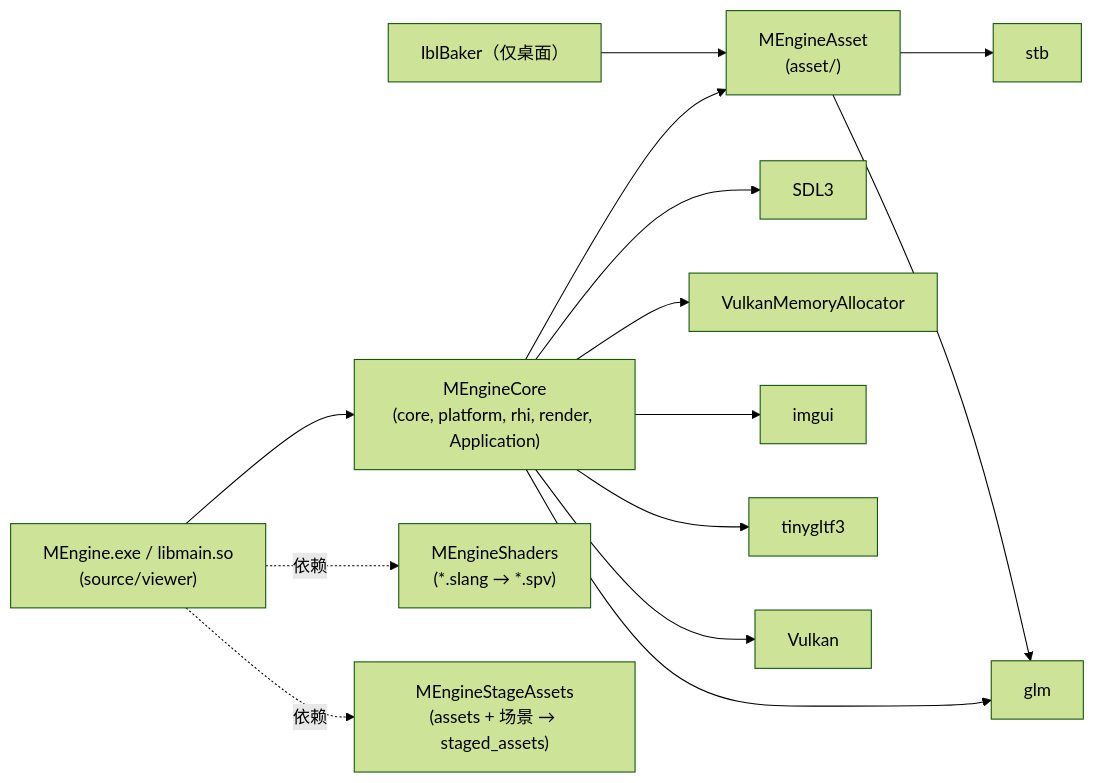
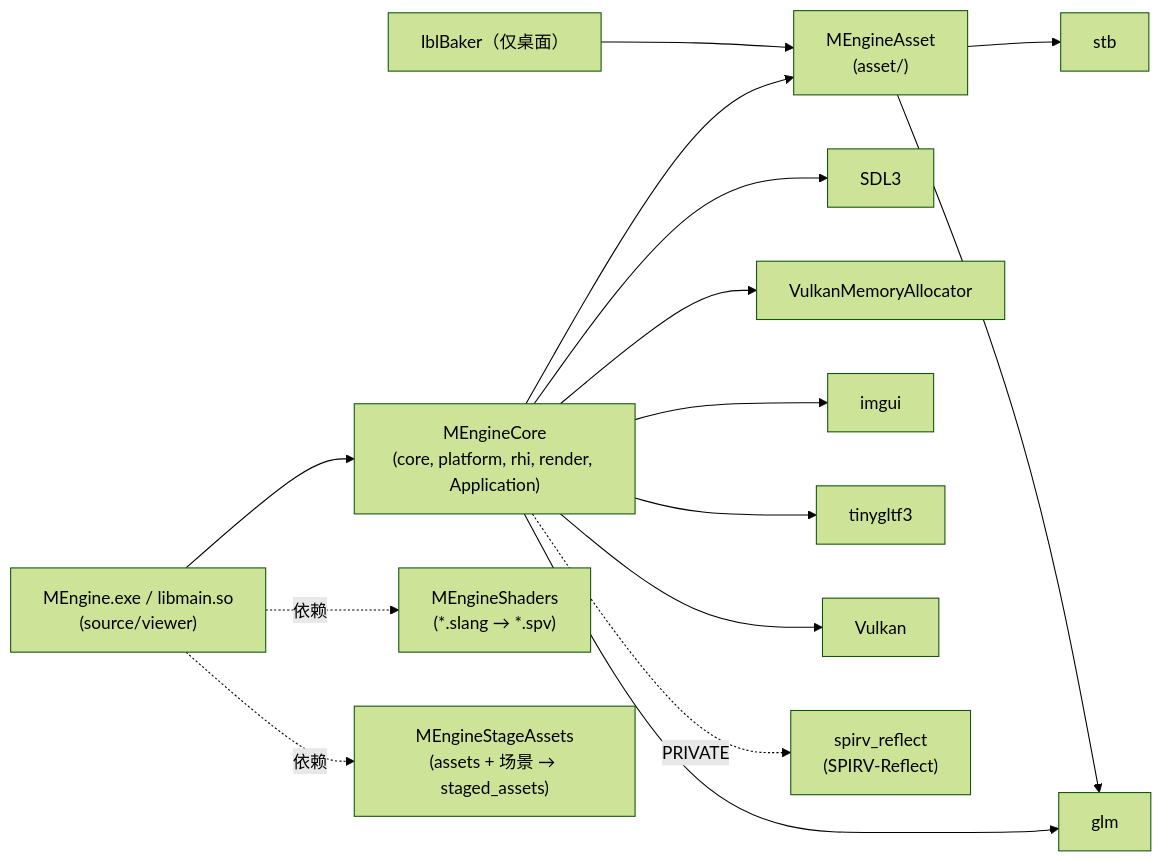
One commit to ChenJiaming5613/MEngine changed the first of 7 diagrams in docs/Architecture.md. Above: the diagram before and after it, drawn with Mermaid (forest theme). The commit also changed other lines of this file and 28 other files, not shown here.

````diff
--- a/docs/Architecture.md
+++ b/docs/Architecture.md
@@ -40,10 +40,11 @@
 ```mermaid
 graph LR
     MEngine["MEngine.exe / libmain.so<br/>(source/viewer)"] --> MEngineCore
     MEngineCore["MEngineCore<br/>(core, platform, rhi, render, Application)"] --> MEngineAsset
     MEngineCore --> SDL3 & VMA["VulkanMemoryAllocator"] & imgui & glm & tinygltf3 & Vulkan
+    MEngineCore -. PRIVATE .-> spirv_reflect["spirv_reflect<br/>(SPIRV-Reflect)"]
     MEngineAsset["MEngineAsset<br/>(asset/)"] --> stb & glm
     IblBaker["IblBaker（仅桌面）"] --> MEngineAsset
     MEngine -. 依赖 .-> MEngineShaders["MEngineShaders<br/>(*.slang → *.spv)"]
     MEngine -. 依赖 .-> MEngineStageAssets["MEngineStageAssets<br/>(assets + 场景 → staged_assets)"]
 ```
````
